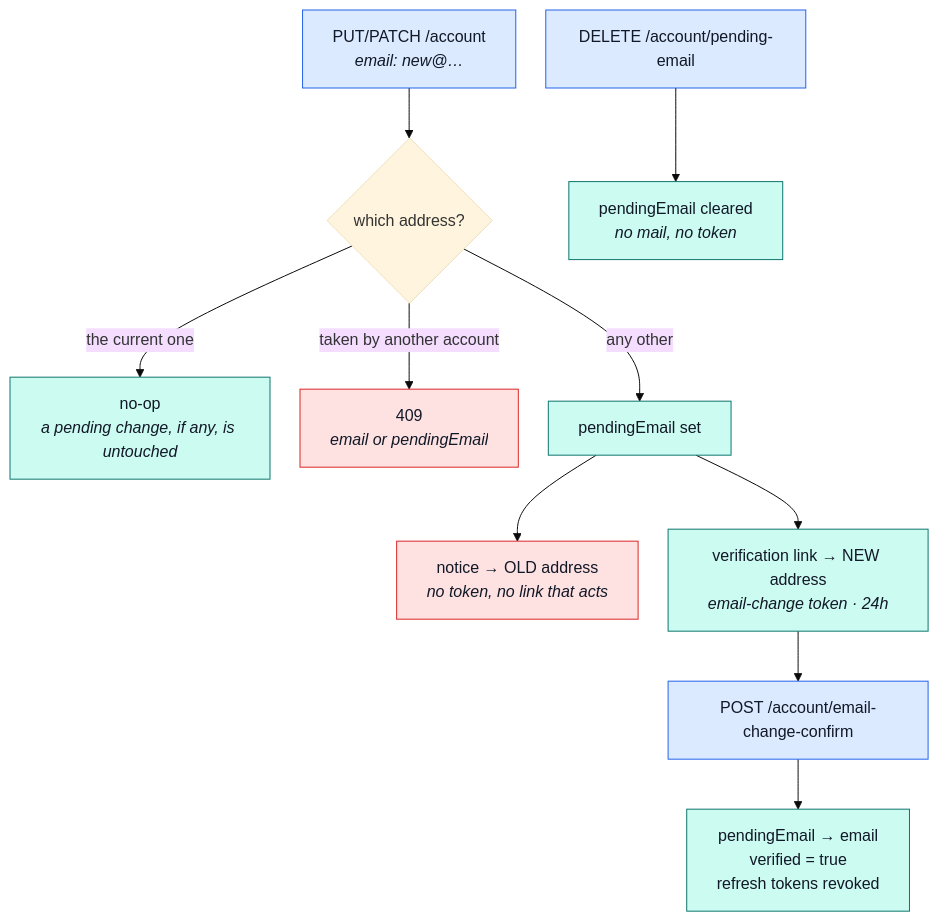
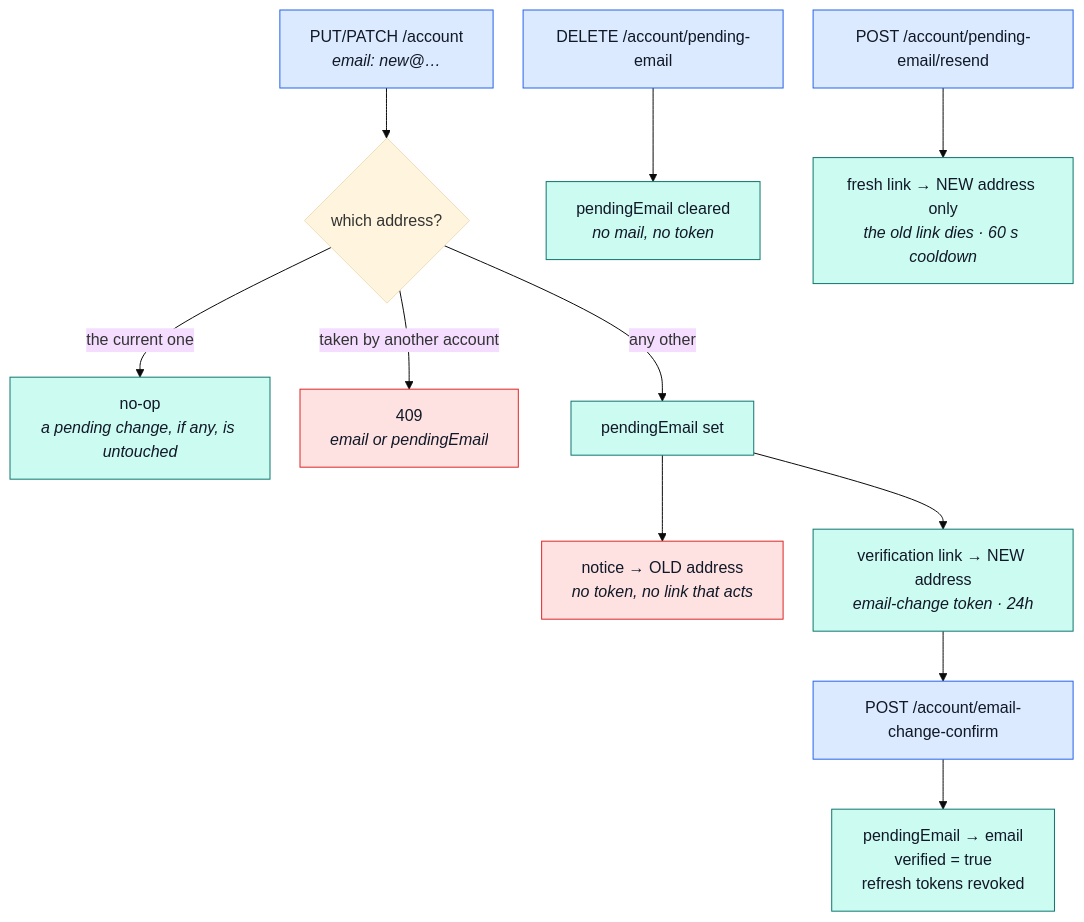
The third of 3 diagrams in docs/modules/account.md (Guebbit/boilerplate-node-backend), drawn with Mermaid (base theme) before and after one commit. The commit also changed other lines of this file and 15 other files, not shown here.

First line of the commit message:
feat(account): the pending-email resend route mails only the new address a fresh link

````diff
--- a/docs/modules/account.md
+++ b/docs/modules/account.md
@@ -113,20 +113,21 @@
 ```mermaid
 %%{init: {'flowchart': {'nodeSpacing': 30, 'rankSpacing': 50}}}%%
 flowchart TB
     P["PUT/PATCH /account<br/><i>email: new@…</i>"] --> C{"which address?"}
     C -->|"the current one"| O["no-op<br/><i>a pending change, if any, is untouched</i>"]
     C -->|"taken by another account"| R["409<br/><i>email or pendingEmail</i>"]
     C -->|"any other"| W["pendingEmail set"]
     W --> N["notice → OLD address<br/><i>no token, no link that acts</i>"]
     W --> V["verification link → NEW address<br/><i>email-change token · 24h</i>"]
     V --> F["POST /account/email-change-confirm"]
     F --> S["pendingEmail → email<br/>verified = true<br/>refresh tokens revoked"]
     D["DELETE /account/pending-email"] --> X["pendingEmail cleared<br/><i>no mail, no token</i>"]
+    Q["POST /account/pending-email/resend"] --> V2["fresh link → NEW address only<br/><i>the old link dies · 60 s cooldown</i>"]
 
     classDef entry fill:#dbeafe,stroke:#2563eb,color:#111827;
     classDef warn fill:#fee2e2,stroke:#dc2626,color:#111827;
     classDef done fill:#ccfbf1,stroke:#0f766e,color:#111827;
-    class P,F,D entry;
+    class P,F,D,Q entry;
     class R,N warn;
-    class O,W,V,S,X done;
+    class O,W,V,V2,S,X done;
 ```
````
